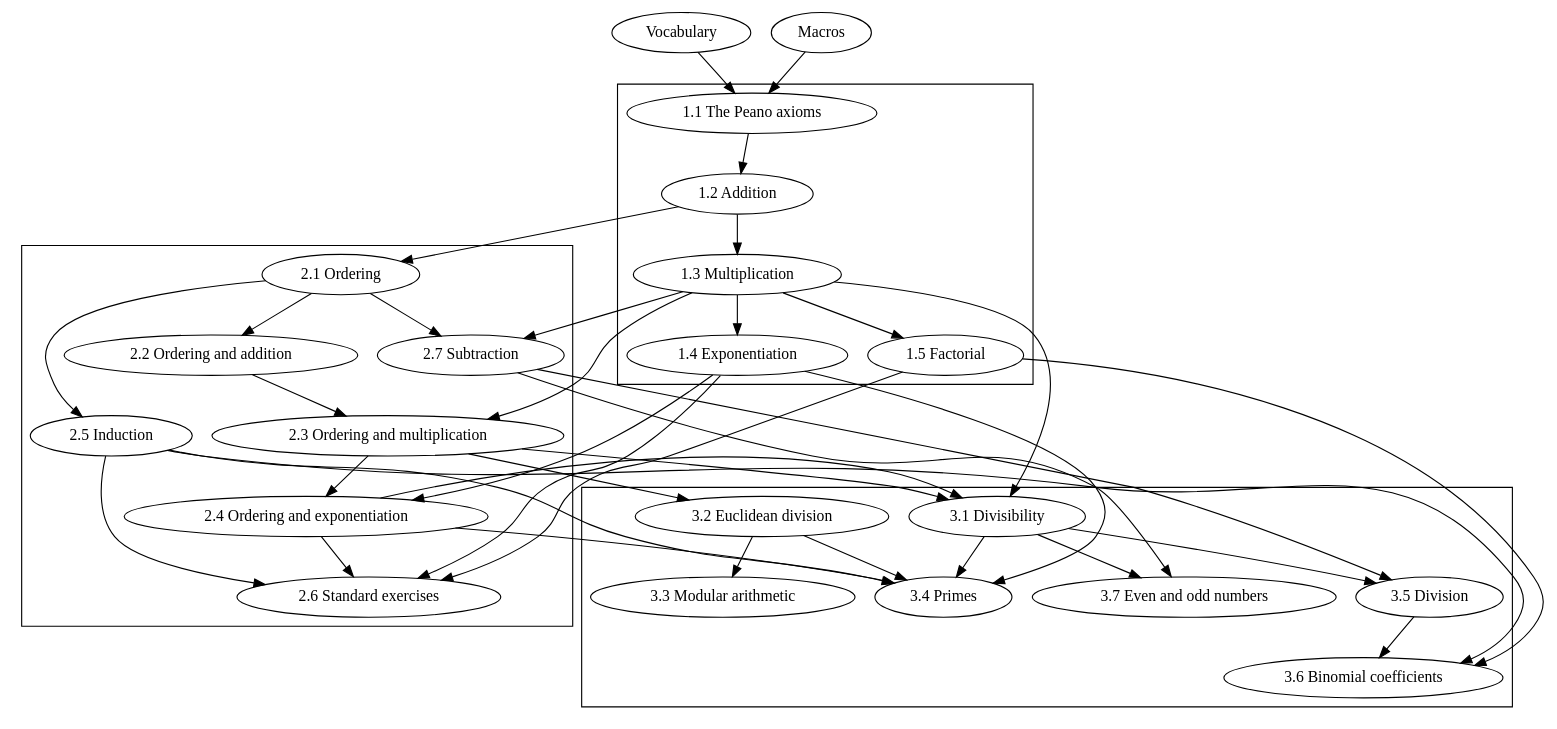
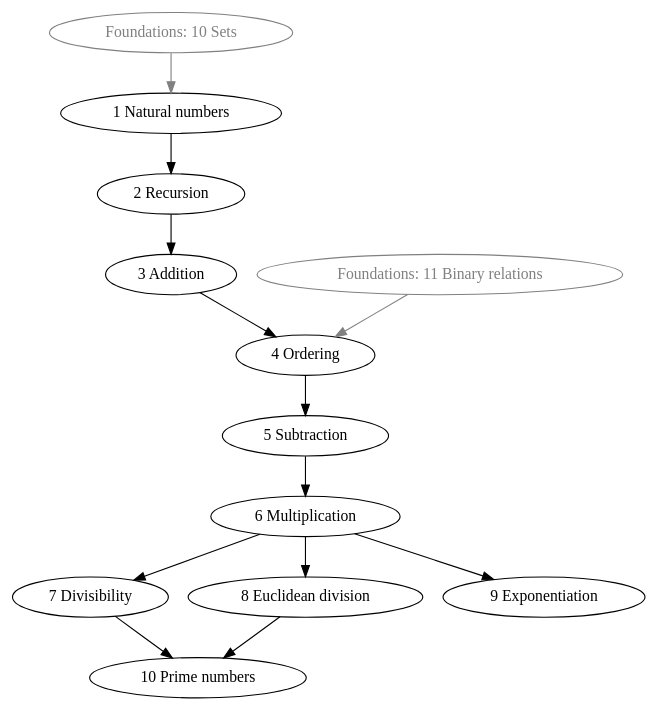
One commit to naproche/naproche changed the diagram in examples/arithmetic/dependency-graph/graph.dot. Above: the diagram before and after it, drawn with Graphviz. The commit also changed 34 other files, not shown here.

```diff
--- a/examples/arithmetic/dependency-graph/graph.dot
+++ b/examples/arithmetic/dependency-graph/graph.dot
@@ -1,54 +1,29 @@
 digraph Sections {
-  vocab [label = "Vocabulary"]
-  macros [label = "Macros"]
 
-  subgraph cluster_1 {
-    arith_01 [label = "1.1 The Peano axioms"]
-    arith_02 [label = "1.2 Addition"]
-    arith_03 [label = "1.3 Multiplication"]
-    arith_04 [label = "1.4 Exponentiation"]
-    arith_05 [label = "1.5 Factorial"]
-  }
+    foundations_10 [label = "Foundations: 10 Sets", color = "gray", fontcolor = "gray"]
+    foundations_11 [label = "Foundations: 11 Binary relations", color = "gray", fontcolor = "gray"]
 
-  subgraph cluster_2 {
-    ord_01 [label = "2.1 Ordering"]
-    ord_02 [label = "2.2 Ordering and addition"]
-    ord_03 [label = "2.3 Ordering and multiplication"]
-    ord_04 [label = "2.4 Ordering and exponentiation"]
-    ord_05 [label = "2.5 Induction"]
-    ord_06 [label = "2.6 Standard exercises"]
-    ord_07 [label = "2.7 Subtraction"]
-  }
+    arithmetic_01 [label = "1 Natural numbers"]
+    arithmetic_02 [label = "2 Recursion"]
+    arithmetic_03 [label = "3 Addition"]
+    arithmetic_04 [label = "4 Ordering"]
+    arithmetic_05 [label = "5 Subtraction"]
+    arithmetic_06 [label = "6 Multiplication"]
+    arithmetic_07 [label = "7 Divisibility"]
+    arithmetic_08 [label = "8 Euclidean division"]
+    arithmetic_09 [label = "9 Exponentiation"]
+    arithmetic_10 [label = "10 Prime numbers"]
 
-  subgraph cluster_3 {
-    div_01 [label = "3.1 Divisibility"]
-    div_02 [label = "3.2 Euclidean division"]
-    div_03 [label = "3.3 Modular arithmetic"]
-    div_04 [label = "3.4 Primes"]
-    div_05 [label = "3.5 Division"]
-    div_06 [label = "3.6 Binomial coefficients"]
-    div_07 [label = "3.7 Even and odd numbers"]
-  }
-
-  /* 1.1 */ vocab, macros                             -> arith_01
-  /* 1.2 */ arith_01                                  -> arith_02
-  /* 1.3 */ arith_02                                  -> arith_03
-  /* 1.4 */ arith_03                                  -> arith_04
-  /* 1.5 */ arith_03                                  -> arith_05
-
-  /* 2.1 */ arith_02                                  -> ord_01
-  /* 2.2 */ ord_01                                    -> ord_02
-  /* 2.3 */ arith_03, ord_02                          -> ord_03
-  /* 2.4 */ arith_04, ord_03                          -> ord_04
-  /* 2.5 */ ord_01                                    -> ord_05
-  /* 2.6 */ arith_04, arith_05, ord_04, ord_05        -> ord_06
-  /* 2.7 */ arith_03, ord_01                          -> ord_07
-
-  /* 3.1 */ arith_03, ord_03, ord_04                  -> div_01
-  /* 3.2 */ ord_03                                    -> div_02
-  /* 3.3 */ div_02                                    -> div_03
-  /* 3.4 */ arith_04, ord_04, ord_05, div_01, div_02  -> div_04
-  /* 3.5 */ ord_07, div_01                            -> div_05
-  /* 3.6 */ arith_05, ord_05, div_05                  -> div_06
-  /* 3.7 */ ord_07, div_01                            -> div_07
+    foundations_10  -> arithmetic_01    [color = "gray"]
+    arithmetic_01   -> arithmetic_02
+    arithmetic_02   -> arithmetic_03
+    foundations_11  -> arithmetic_04    [color = "gray"]
+    arithmetic_03   -> arithmetic_04
+    arithmetic_04   -> arithmetic_05
+    arithmetic_05   -> arithmetic_06
+    arithmetic_06   -> arithmetic_07
+    arithmetic_06   -> arithmetic_08
+    arithmetic_06   -> arithmetic_09
+    arithmetic_07   -> arithmetic_10
+    arithmetic_08   -> arithmetic_10
 }
```
